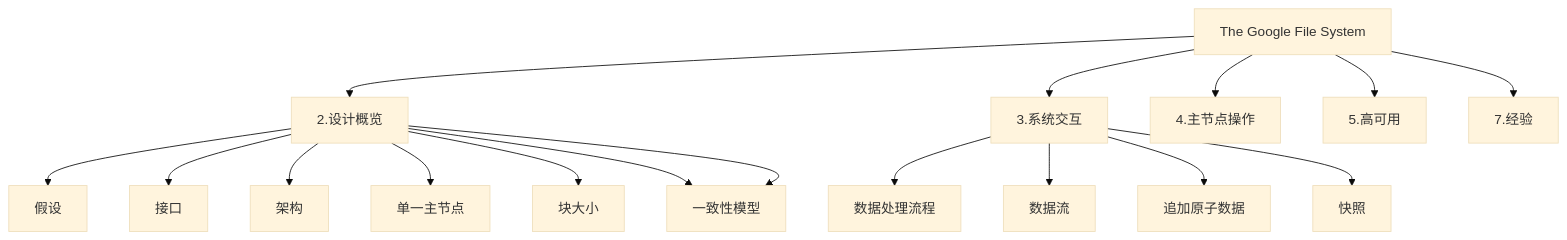
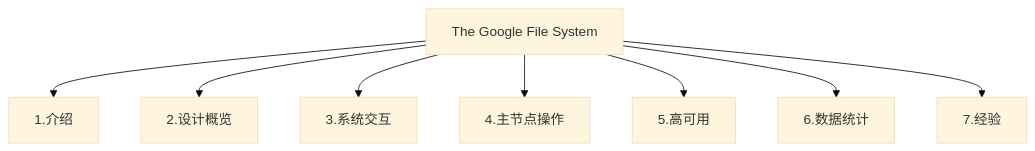
The diagram in papers/0.the google file system.md (xjjdlut/BigdataNote), drawn with Mermaid (base theme) before and after one commit. The commit also changed other lines of this file, not shown here.

````diff
--- a/papers/0.the google file system.md
+++ b/papers/0.the google file system.md
@@ -9,20 +9,12 @@
 ```mermaid
 graph TD
 A[The Google File System]
+A --> B[1.介绍]
 A --> C[2.设计概览]
 A --> D[3.系统交互]
 A --> E[4.主节点操作]
 A --> F[5.高可用]
-A --> G[7.经验]
-C --> C1[假设]
-C --> C2[接口]
-C --> C3[架构]
-C --> C4[单一主节点]
-C --> C5[块大小]
-C --> C6[元数据]
-C --> C6[一致性模型]
-D --> D1[数据处理流程]
-D --> D2[数据流]
-D --> D3[追加原子数据]
-D --> D4[快照]
+A --> G[6.数据统计]
+A --> H[7.经验]
+
 ```
````
